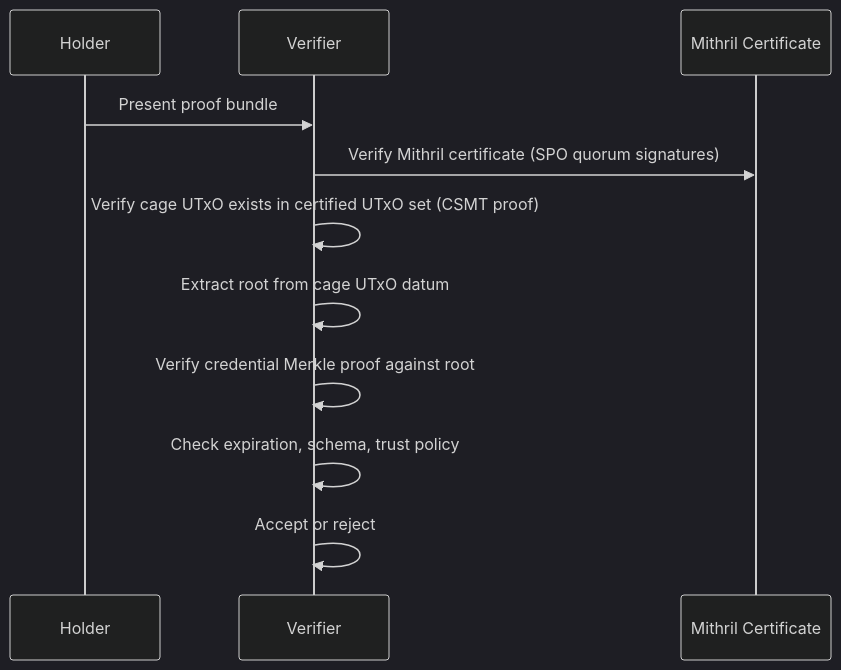
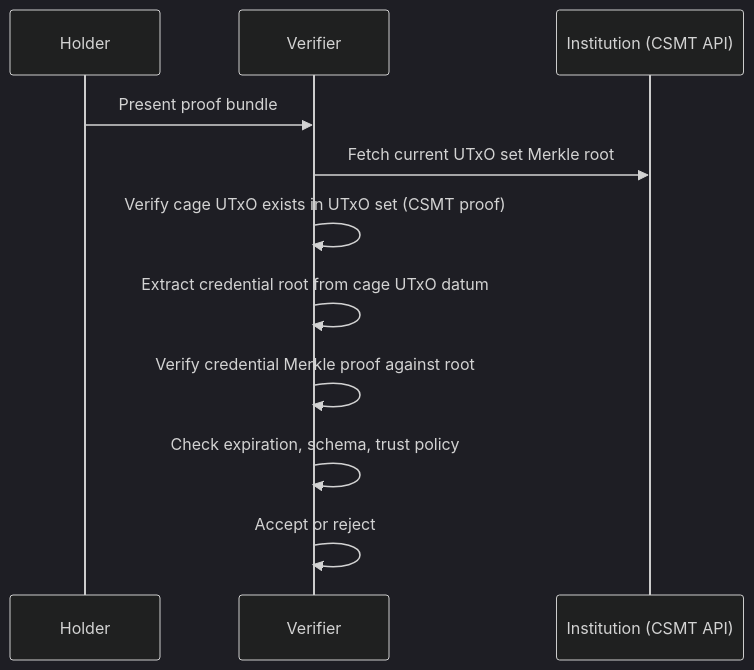
Before and after one commit to lambdasistemi/cardano-vcr: the diagram in docs/verification/off-chain.md, drawn with Mermaid (dark theme). The commit also changed other lines of this file and 4 other files, not shown here.

First line of the commit message:
fix: replace Mithril with institutional trust model for CSMT root

````diff
--- a/docs/verification/off-chain.md
+++ b/docs/verification/off-chain.md
@@ -75,14 +78,14 @@
 ```mermaid
 sequenceDiagram
     participant H as Holder
     participant V as Verifier
-    participant M as Mithril Certificate
+    participant I as Institution (CSMT API)
 
     H->>V: Present proof bundle
-    V->>M: Verify Mithril certificate (SPO quorum signatures)
-    V->>V: Verify cage UTxO exists in certified UTxO set (CSMT proof)
-    V->>V: Extract root from cage UTxO datum
+    V->>I: Fetch current UTxO set Merkle root
+    V->>V: Verify cage UTxO exists in UTxO set (CSMT proof)
+    V->>V: Extract credential root from cage UTxO datum
     V->>V: Verify credential Merkle proof against root
     V->>V: Check expiration, schema, trust policy
     V->>V: Accept or reject
 ```
````
